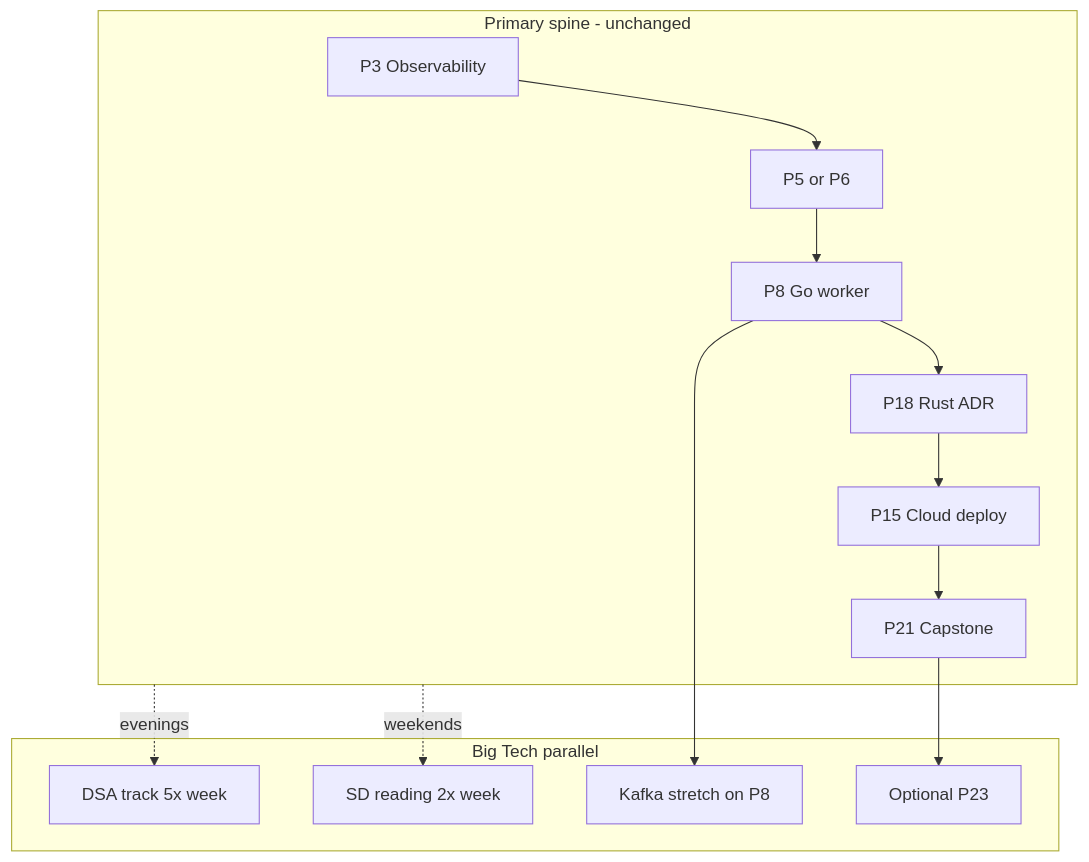
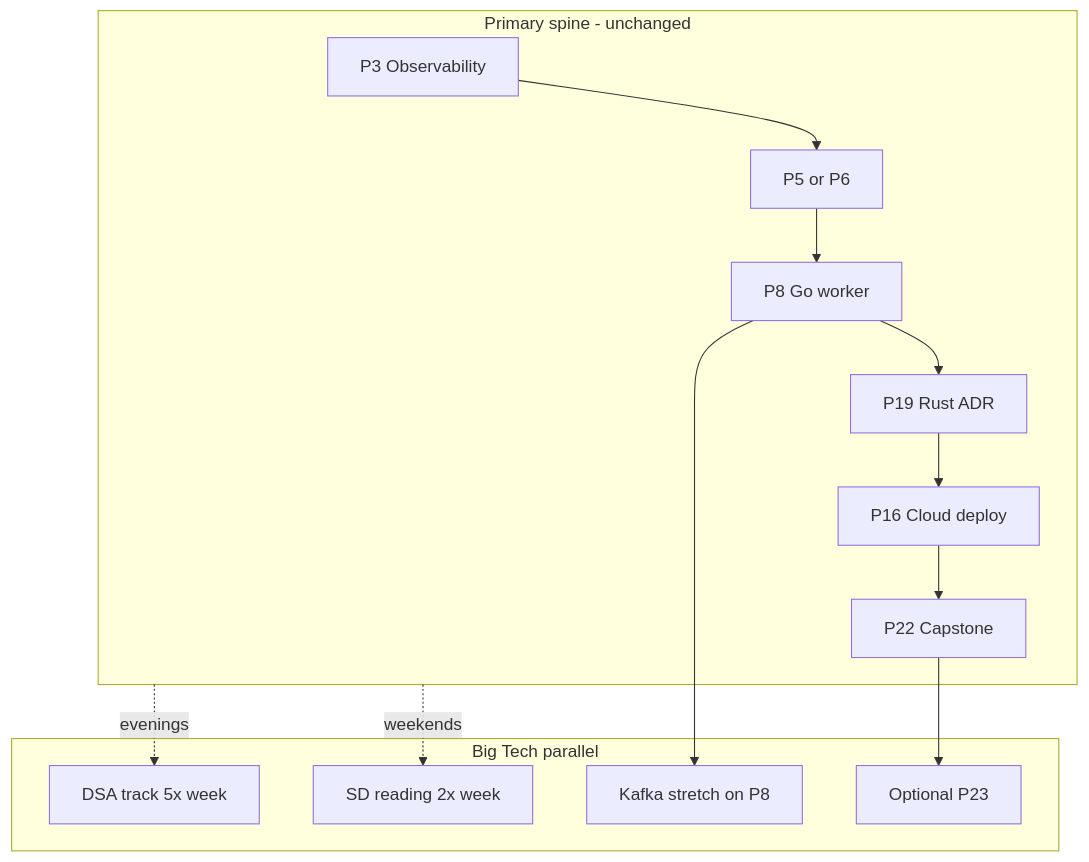
One commit to shemaiahCox/career-playbook changed the diagram in docs/career/big-tech-benchmark.md. Above: the diagram before and after it, drawn with Mermaid. The commit also changed other lines of this file and 46 other files, not shown here.

````diff
--- a/docs/career/big-tech-benchmark.md
+++ b/docs/career/big-tech-benchmark.md
@@ -103,22 +103,22 @@
 ```mermaid
 flowchart TB
   subgraph spine [Primary spine - unchanged]
     P3[P3 Observability]
     P5or6[P5 or P6]
     P8[P8 Go worker]
-    P18[P18 Rust ADR]
-    P15[P15 Cloud deploy]
-    P21[P21 Capstone]
-    P3 --> P5or6 --> P8 --> P18 --> P15 --> P21
+    P19[P19 Rust ADR]
+    P16[P16 Cloud deploy]
+    P22[P22 Capstone]
+    P3 --> P5or6 --> P8 --> P19 --> P16 --> P22
   end
   subgraph parallel [Big Tech parallel]
     DSA[DSA track 5x week]
     SDRead[SD reading 2x week]
     Kafka[Kafka stretch on P8]
     P23opt[Optional P23]
   end
   P8 --> Kafka
-  P21 --> P23opt
+  P22 --> P23opt
   spine -.->|evenings| DSA
   spine -.->|weekends| SDRead
 ```
````
